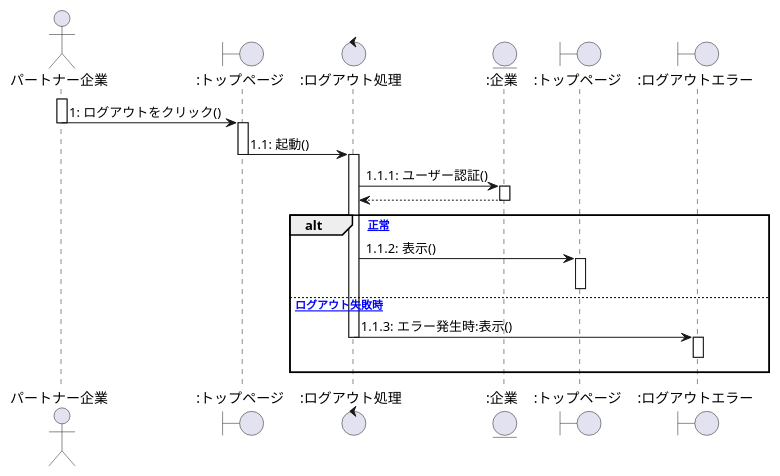
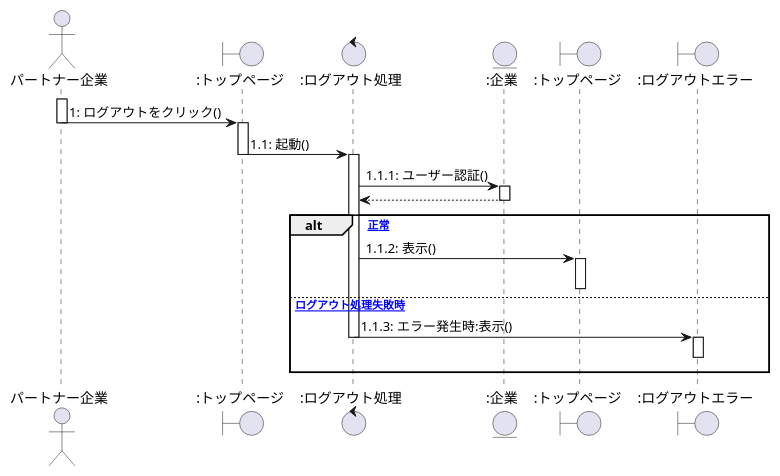
One commit to ksw2270227/GroupF changed the third of 10 diagrams in client_sequence.plantuml. Above: the diagram before and after it, drawn with PlantUML. The commit also changed other lines of this file and 1 other file, not shown here.

```diff
--- a/client_sequence.plantuml
+++ b/client_sequence.plantuml
@@ -96,36 +95,35 @@
 @startuml ログアウト
 
 
 actor パートナー企業 as 0
 Boundary ":トップページ" as a
 Control ":ログアウト処理" as b
 Entity ":企業" as c
 Boundary ":トップページ" as d
 Boundary ":ログアウトエラー" as e
 
 activate 0
     0 -> a :1: ログアウトをクリック()
 deactivate 0
 activate a
     a -> b :1.1: 起動()
 deactivate a
 activate b
     b -> c :1.1.1: ユーザー認証()
 activate c
     b <-- c
 deactivate c
 
 alt [正常]
     b -> d :1.1.2: 表示()
 activate d
 deactivate d
-else [ログアウト失敗時]
+else [ログアウト処理失敗時]
     b -> e :1.1.3: エラー発生時:表示()
 deactivate b
 activate e
 e -[hidden]-> e
 deactivate e
 end
 
-
 @enduml
```
